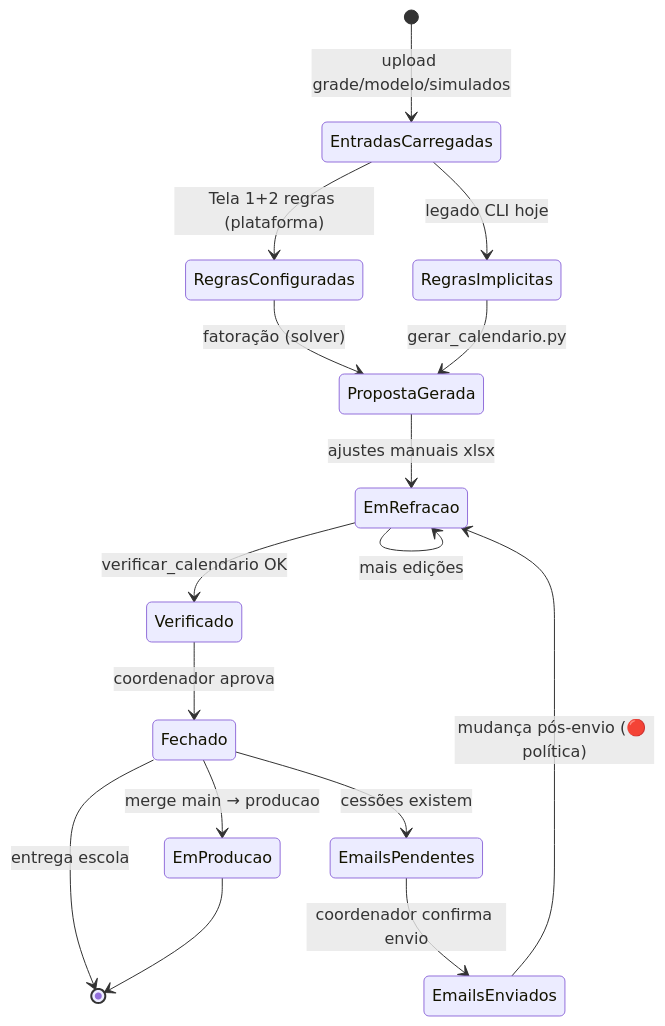
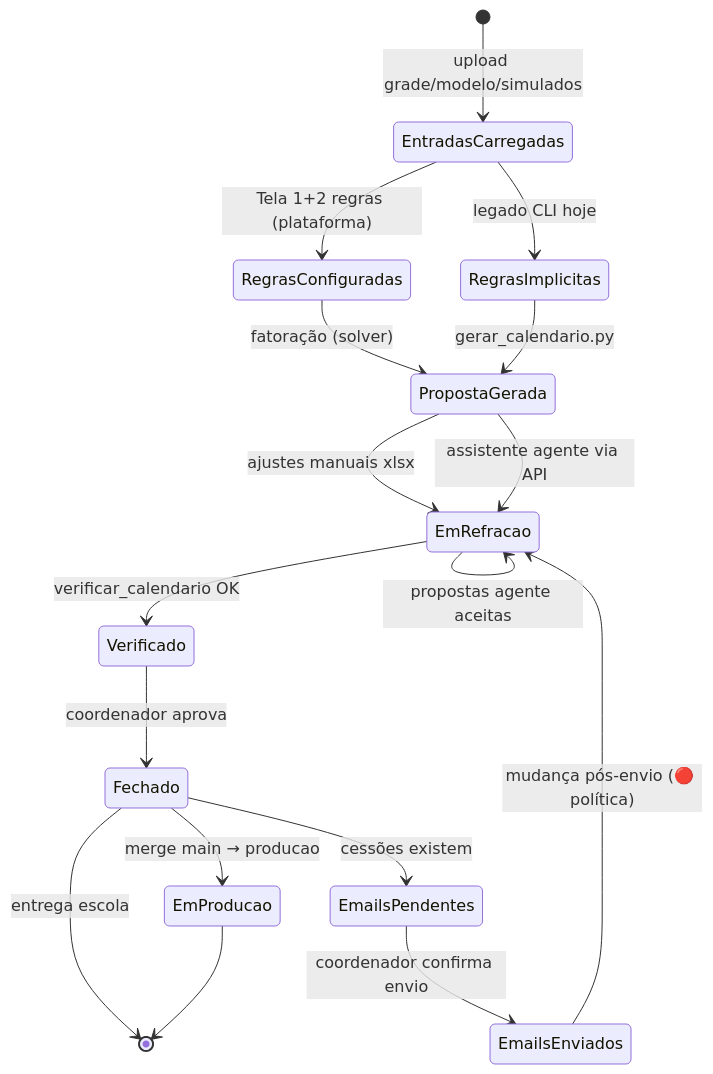
The first of 4 diagrams in _reversa_sdd/state-machines.md (cbrener89052/calendarioprovas), drawn with Mermaid before and after one commit. The commit also changed other lines of this file and 8 other files, not shown here.

First line of the commit message:
docs(reversa): requisito agente de refração via API

````diff
--- a/_reversa_sdd/state-machines.md
+++ b/_reversa_sdd/state-machines.md
@@ -11,24 +11,26 @@
 ```mermaid
 stateDiagram-v2
     [*] --> EntradasCarregadas: upload grade/modelo/simulados
     
     EntradasCarregadas --> RegrasConfiguradas: Tela 1+2 regras (plataforma)
     EntradasCarregadas --> RegrasImplicitas: legado CLI hoje
     
     RegrasConfiguradas --> PropostaGerada: fatoração (solver)
     RegrasImplicitas --> PropostaGerada: gerar_calendario.py
     
     PropostaGerada --> EmRefracao: ajustes manuais xlsx
+    PropostaGerada --> EmRefracao: assistente agente via API
     EmRefracao --> EmRefracao: mais edições
+    EmRefracao --> EmRefracao: propostas agente aceitas
     EmRefracao --> Verificado: verificar_calendario OK
     
     Verificado --> Fechado: coordenador aprova
     Fechado --> EmProducao: merge main → producao
     
     Fechado --> EmailsPendentes: cessões existem
     EmailsPendentes --> EmailsEnviados: coordenador confirma envio
     EmailsEnviados --> EmRefracao: mudança pós-envio (🔴 política)
     
     Fechado --> [*]: entrega escola
     EmProducao --> [*]
 ```
````
